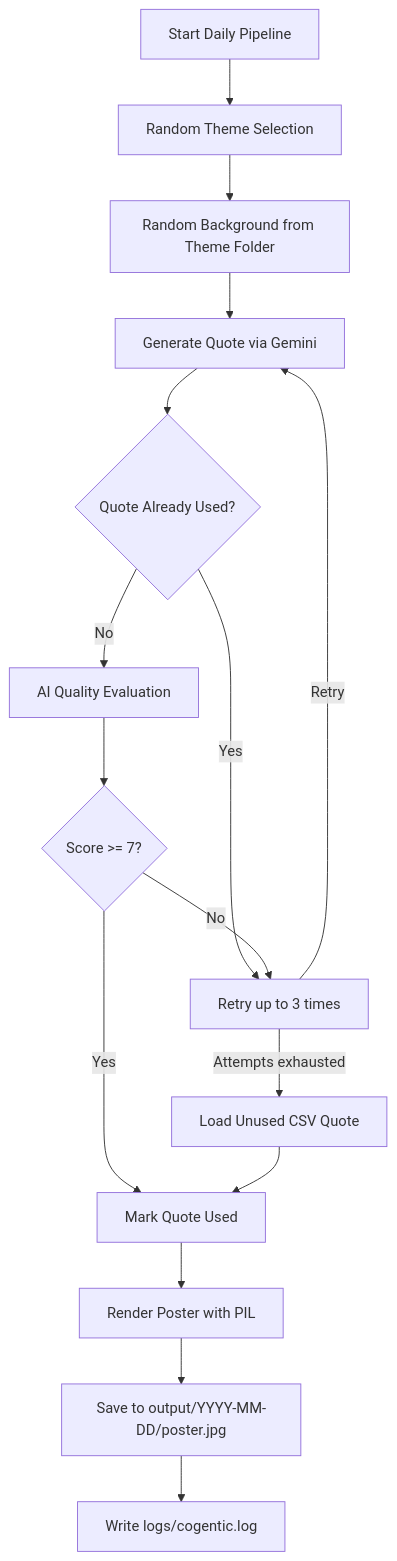
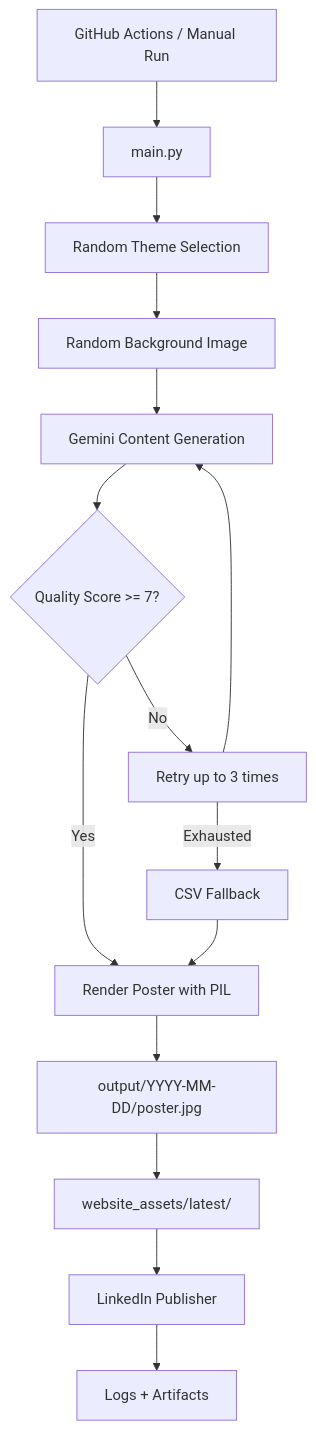
One commit to Jalte-Diye-Foundation/Cogentic changed the diagram in README.md. Above: the diagram before and after it, drawn with Mermaid. The commit also changed other lines of this file and 17 other files, not shown here.

````diff
--- a/README.md
+++ b/README.md
@@ -75,18 +46,17 @@
 ```mermaid
 flowchart TD
-    A[Start Daily Pipeline] --> B[Random Theme Selection]
-    B --> C[Random Background from Theme Folder]
-    C --> D[Generate Quote via Gemini]
-    D --> E{Quote Already Used?}
-    E -->|Yes| F[Retry up to 3 times]
-    E -->|No| G[AI Quality Evaluation]
-    G --> H{Score >= 7?}
-    H -->|Yes| I[Mark Quote Used]
-    H -->|No| F
-    F -->|Attempts exhausted| J[Load Unused CSV Quote]
-    F -->|Retry| D
-    J --> I
-    I --> K[Render Poster with PIL]
-    K --> L[Save to output/YYYY-MM-DD/poster.jpg]
-    L --> M[Write logs/cogentic.log]
+    A[GitHub Actions / Manual Run] --> B[main.py]
+    B --> C[Random Theme Selection]
+    C --> D[Random Background Image]
+    D --> E[Gemini Content Generation]
+    E --> F{Quality Score >= 7?}
+    F -->|No| G[Retry up to 3 times]
+    G --> E
+    F -->|Yes| H[Render Poster with PIL]
+    G -->|Exhausted| I[CSV Fallback]
+    I --> H
+    H --> J[output/YYYY-MM-DD/poster.jpg]
+    J --> K[website_assets/latest/]
+    K --> L[LinkedIn Publisher]
+    L --> M[Logs + Artifacts]
 ```
````
